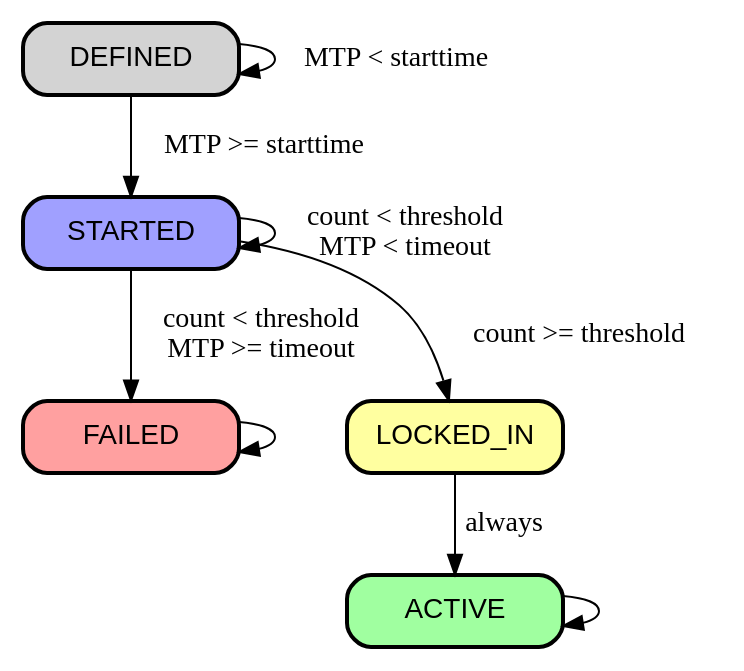
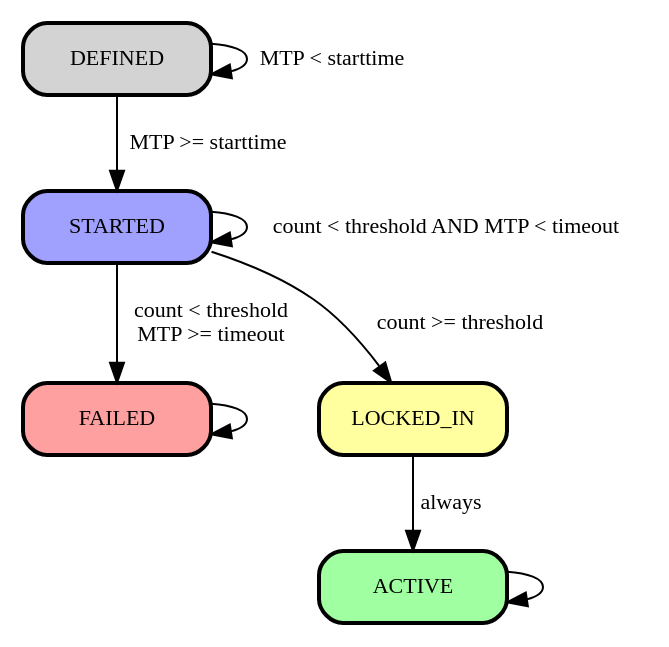
Before and after one commit to Sjors/nado-book: the diagram in taproot/bip9.dot, drawn with Graphviz. The commit also changed 14 other files, not shown here.

```diff
--- a/taproot/bip9.dot
+++ b/taproot/bip9.dot
@@ -1,28 +1,30 @@
 digraph {
   rankdir=TD;
 
-  node [style="rounded,filled,bold", shape=box, fixedsize=true, width=1.5, fontname="Arial"];
+  node [fontname="lmtt", fontsize=11, fixedsize=true, width=1.3, shape=box, style="rounded,filled,bold"];
+
+  edge [fontname="lmtt", fontsize=11];
 
   edge [weight = 100];
-  "DEFINED" -> "STARTED" [label="MTP >= starttime"];
-  "STARTED" -> "FAILED" [label="count < threshold\nMTP >= timeout"];
-  "LOCKED_IN" -> "ACTIVE" [label="always"];
+  "DEFINED" -> "STARTED" [label=" MTP >= starttime"];
+  "STARTED" -> "FAILED" [label=" count < threshold\nMTP >= timeout"];
+  "LOCKED_IN" -> "ACTIVE" [label=" always"];
 
   edge [weight = 1];
   "STARTED" -> "LOCKED_IN" [label="count >= threshold"];
 
   "FAILED" -> "LOCKED_IN" [style=invis];
 
-  "DEFINED"-> "DEFINED" [label="MTP < starttime"];
-  "STARTED"-> "STARTED" [label="count < threshold\nMTP < timeout"];
+  "DEFINED"-> "DEFINED" [label=" MTP < starttime"];
+  "STARTED"-> "STARTED" [label=" count < threshold AND MTP < timeout"];
   "ACTIVE" -> "ACTIVE";
   "FAILED" -> "FAILED";
 
   "STARTED" [fillcolor="#a0a0ff"];
   "LOCKED_IN" [fillcolor="#ffffa0"];
   "ACTIVE" [fillcolor="#a0ffa0"];
   "FAILED" [fillcolor="#ffa0a0"];
 
   { rank=same; "FAILED" "LOCKED_IN" }
   { rank=sink; "ACTIVE" }
 }
```
